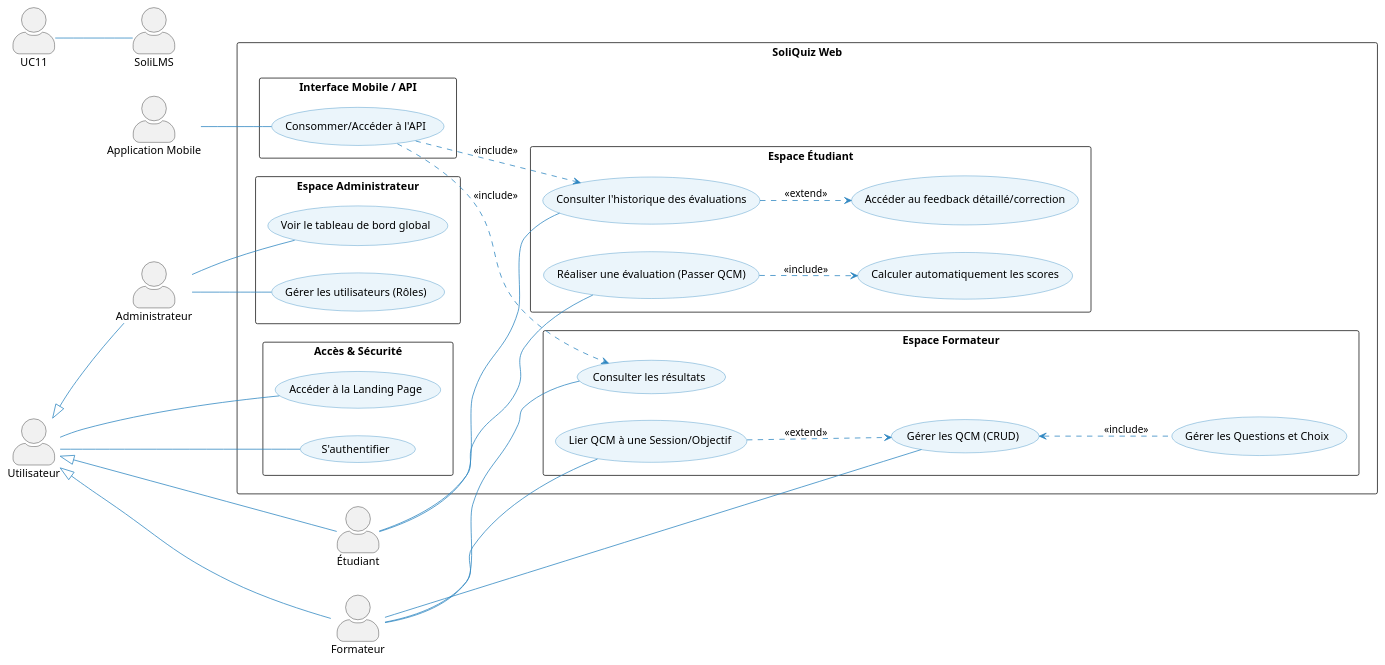
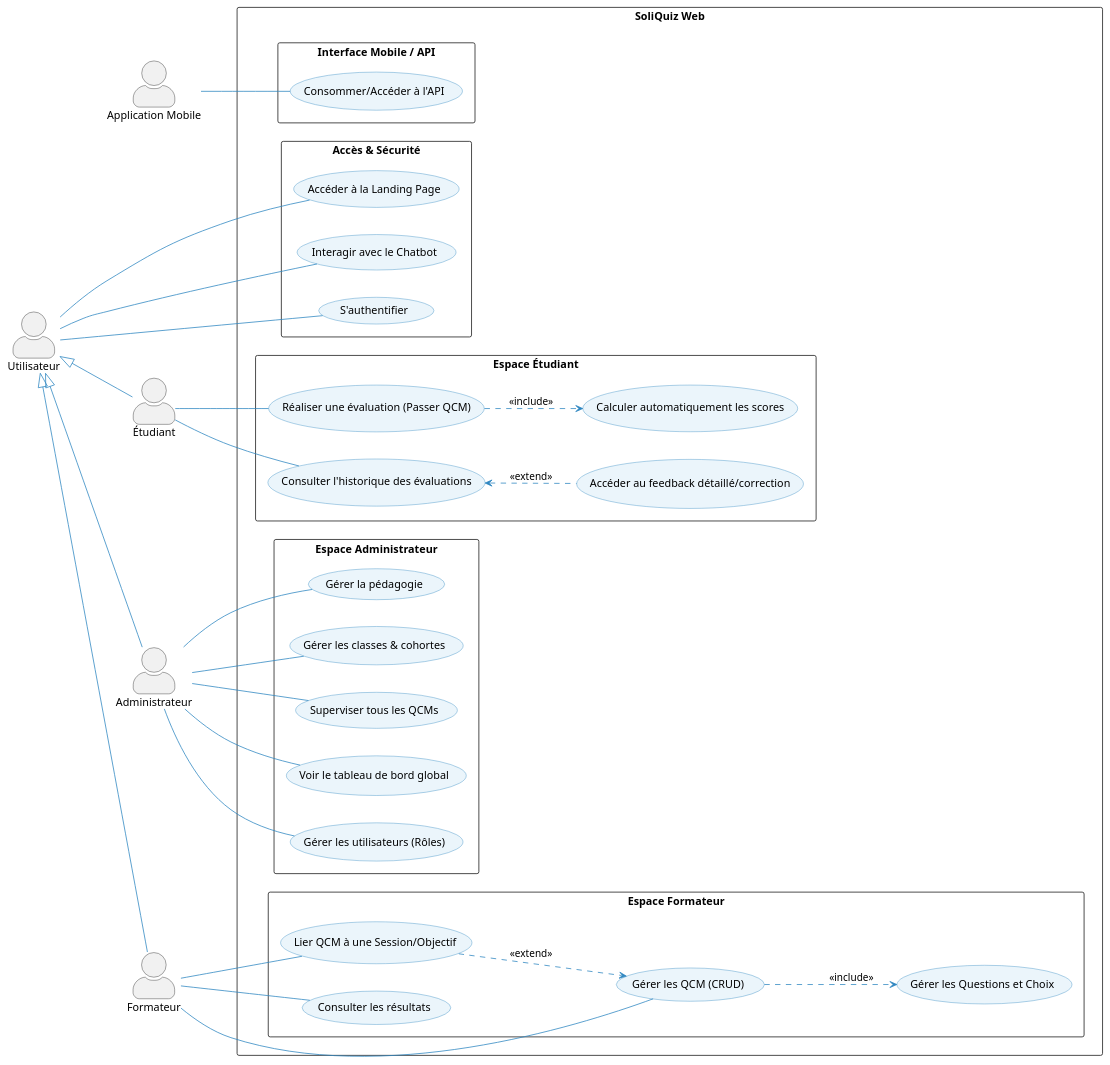
One commit to BENYEKHLEF-Anouar/SoliQuiz changed the diagram in Analyse/cas-utilisation/cas-utilisation-global-web.puml. Above: the diagram before and after it, drawn with PlantUML. The commit also changed 6 other files, not shown here.

```diff
--- a/Analyse/cas-utilisation/cas-utilisation-global-web.puml
+++ b/Analyse/cas-utilisation/cas-utilisation-global-web.puml
@@ -1,92 +1,89 @@
 @startuml
 skinparam actorStyle awesome
 left to right direction
 skinparam packageStyle rectangle
 
 skinparam usecase {
     BackgroundColor #EBF5FB
     BorderColor #2E86C1
     ArrowColor #2E86C1
 }
 
 ' ==============================
 ' ACTORS HIERARCHY
 ' ==============================
 actor "Utilisateur" as U
 actor "Administrateur" as A
 actor "Formateur" as F
 actor "Étudiant" as E
 actor "Application Mobile" as M
-actor "SoliLMS" as LMS
+' actor "SoliLMS" as LMS
 
-' Inheritance: Admin, Trainer, and Student are all Users
+' Inheritance
 U <|-- A
 U <|-- F
 U <|-- E
 
 ' ==============================
 ' SYSTEM
 ' ==============================
 package "SoliQuiz Web" {
 
     package "Accès & Sécurité" {
-        usecase "Accéder à la Landing Page" as UC_PUBLIC
+        usecase "Accéder à la Landing Page" as UC_LANDING
+        usecase "Interagir avec le Chatbot" as UC_CHAT
         usecase "S'authentifier" as UC_LOGIN
-        ' Link the base user to these
-        U -- UC_PUBLIC
+
+        U -- UC_LANDING
+        U -- UC_CHAT
         U -- UC_LOGIN
     }
 
     package "Espace Administrateur" {
         usecase "Voir le tableau de bord global" as UC10
         usecase "Gérer les utilisateurs (Rôles)" as UC9
-        ' usecase "Configuration API SoliLMS" as UC11
+        usecase "Gérer la pédagogie" as UC_PEDA
+        usecase "Gérer les classes & cohortes" as UC_CLASS
+        usecase "Superviser tous les QCMs" as UC_QCMS
+
+        A -- UC10
+        A -- UC9
+        A -- UC_PEDA
+        A -- UC_CLASS
+        A -- UC_QCMS
     }
 
     package "Espace Formateur" {
         usecase "Gérer les QCM (CRUD)" as UC1
         usecase "Gérer les Questions et Choix" as UC2
         usecase "Lier QCM à une Session/Objectif" as UC3
         usecase "Consulter les résultats" as UC5
 
-        UC1 <.. UC2 : <<include>>
+        F -- UC1
+        F -- UC3
+        F -- UC5
+
         UC3 ..> UC1 : <<extend>>
+        UC1 ..> UC2 : <<include>>
     }
 
     package "Espace Étudiant" {
         usecase "Réaliser une évaluation (Passer QCM)" as UC4
         usecase "Calculer automatiquement les scores" as UC6
         usecase "Consulter l'historique des évaluations" as UC7
         usecase "Accéder au feedback détaillé/correction" as UC8
 
+        E -- UC4
+        E -- UC7
+
         UC4 ..> UC6 : <<include>>
-        UC7 ..> UC8 : <<extend>>
+        UC7 <.. UC8 : <<extend>>
     }
 
     package "Interface Mobile / API" {
         usecase "Consommer/Accéder à l'API" as UC_API
+        
+        M -- UC_API
     }
 }
-
-' ==============================
-' PRIMARY ASSOCIATIONS
-' ==============================
-A -- UC9
-A -- UC10
-' A -- UC11
-UC11 -- LMS
-
-F -- UC1
-F -- UC3
-F -- UC5
-
-E -- UC4
-E -- UC7
-
-M -- UC_API
-
-' API Logic (Reduced crossing lines by targeting packages)
-UC_API ..> UC5 : <<include>>
-UC_API ..> UC7 : <<include>>
-
 @enduml
```
